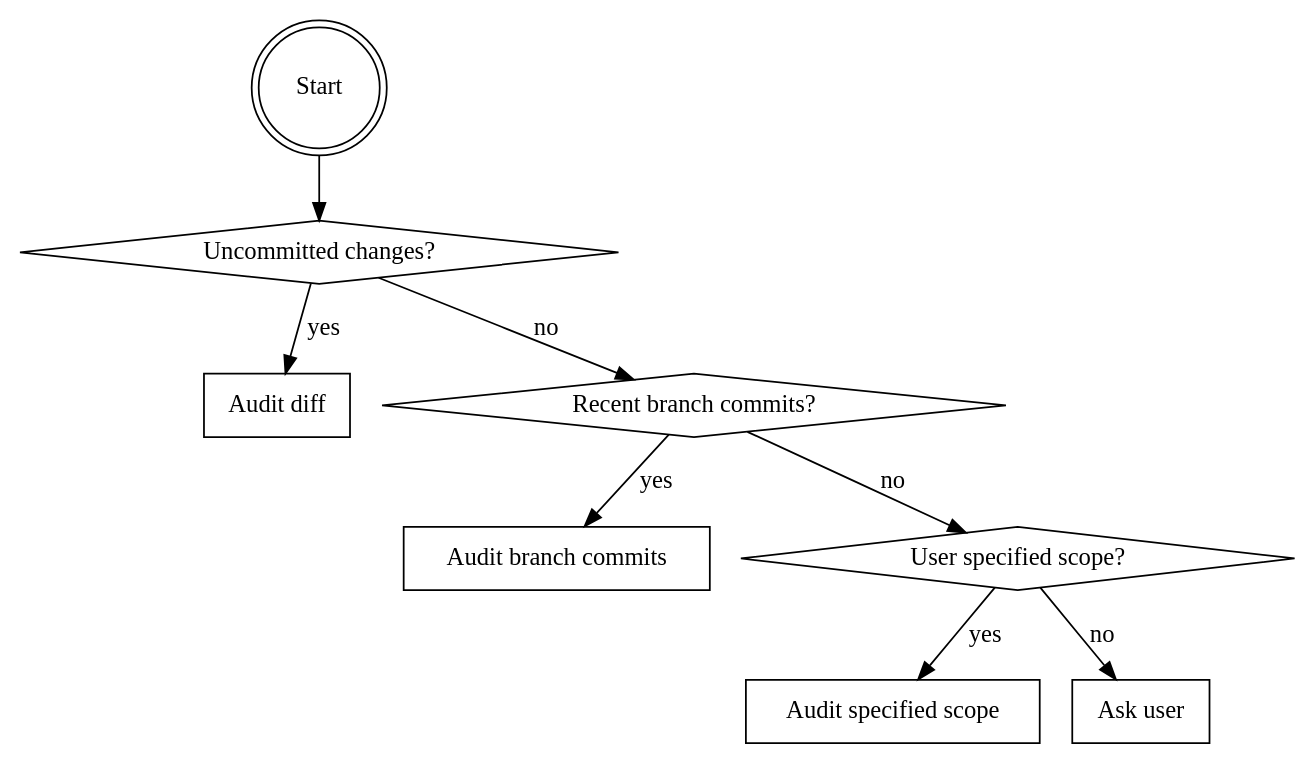
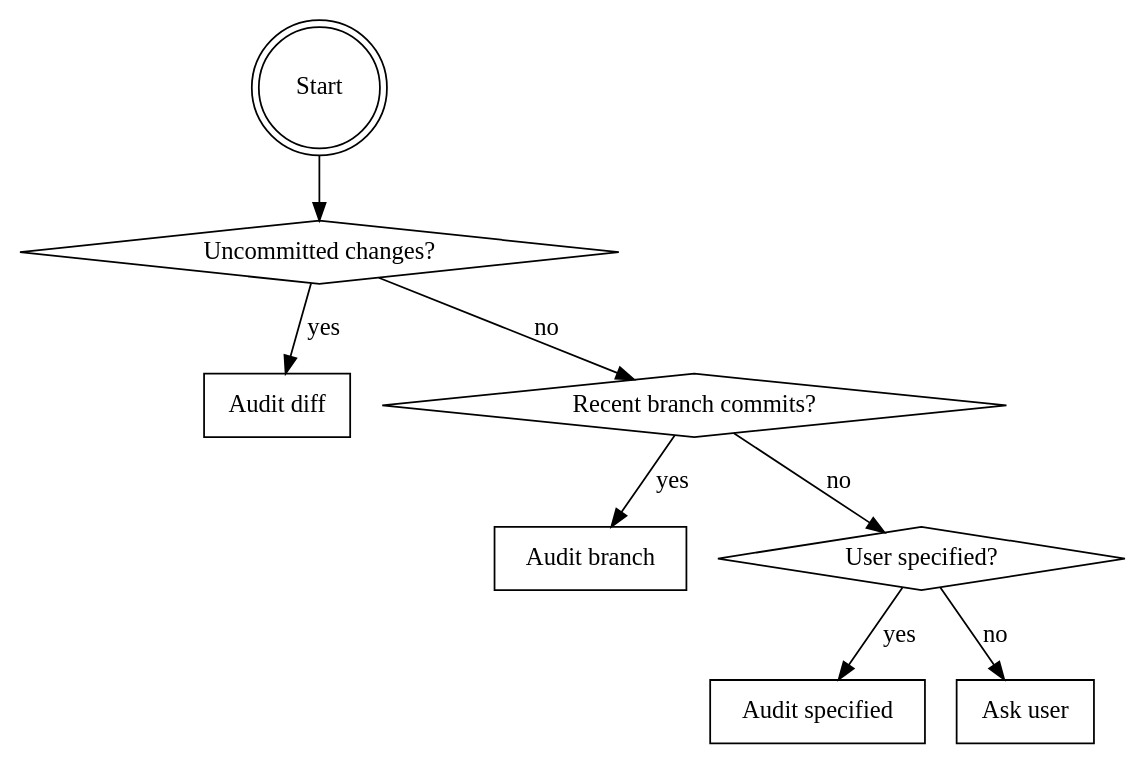
Before and after one commit to NecturaLabs/AgentSkills: the first of 2 diagrams in skills/iterative-security-audit/SKILL.md, drawn with Graphviz. The commit also changed other lines of this file and 4 other files, not shown here.

````diff
--- a/skills/iterative-security-audit/SKILL.md
+++ b/skills/iterative-security-audit/SKILL.md
@@ -14,20 +20,20 @@
 ```dot
 digraph scope {
     "Start" [shape=doublecircle];
     "Uncommitted changes?" [shape=diamond];
     "Audit diff" [shape=box];
     "Recent branch commits?" [shape=diamond];
-    "Audit branch commits" [shape=box];
-    "User specified scope?" [shape=diamond];
-    "Audit specified scope" [shape=box];
+    "Audit branch" [shape=box];
+    "User specified?" [shape=diamond];
+    "Audit specified" [shape=box];
     "Ask user" [shape=box];
 
     "Start" -> "Uncommitted changes?";
     "Uncommitted changes?" -> "Audit diff" [label="yes"];
     "Uncommitted changes?" -> "Recent branch commits?" [label="no"];
-    "Recent branch commits?" -> "Audit branch commits" [label="yes"];
-    "Recent branch commits?" -> "User specified scope?" [label="no"];
-    "User specified scope?" -> "Audit specified scope" [label="yes"];
-    "User specified scope?" -> "Ask user" [label="no"];
+    "Recent branch commits?" -> "Audit branch" [label="yes"];
+    "Recent branch commits?" -> "User specified?" [label="no"];
+    "User specified?" -> "Audit specified" [label="yes"];
+    "User specified?" -> "Ask user" [label="no"];
 }
 ```
````
